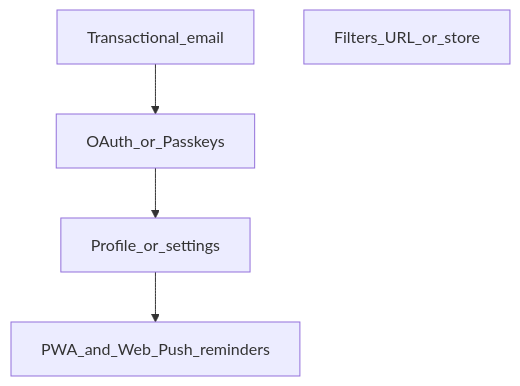
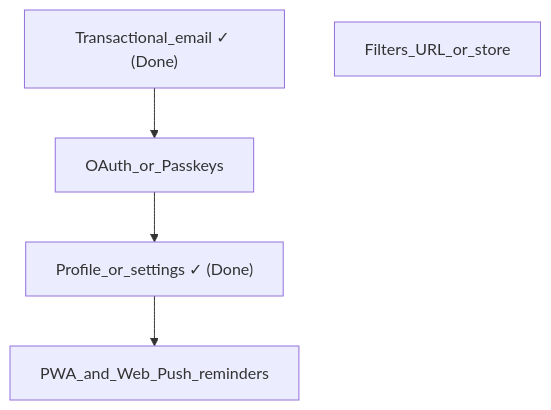
Before and after one commit to TemaGolovin/finance-track-front: the diagram in docs/ROADMAP.md, drawn with Mermaid. The commit also changed other lines of this file, not shown here.

Commit message:
docs: update ROADMAP to reflect completion of transactional email features, profile management, and email verification tasks, along with adjustments to remaining priorities

````diff
--- a/docs/ROADMAP.md
+++ b/docs/ROADMAP.md
@@ -182,12 +171,12 @@
 ```mermaid
 flowchart TD
-  emailTx[Transactional_email]
+  emailTx["Transactional_email ✓ (Done)"]
   auth[OAuth_or_Passkeys]
-  profile[Profile_or_settings]
+  profile["Profile_or_settings ✓ (Done)"]
   pwa[PWA_and_Web_Push_reminders]
   filters[Filters_URL_or_store]
 
   emailTx --> auth
   auth --> profile
   profile --> pwa
 ```
````
